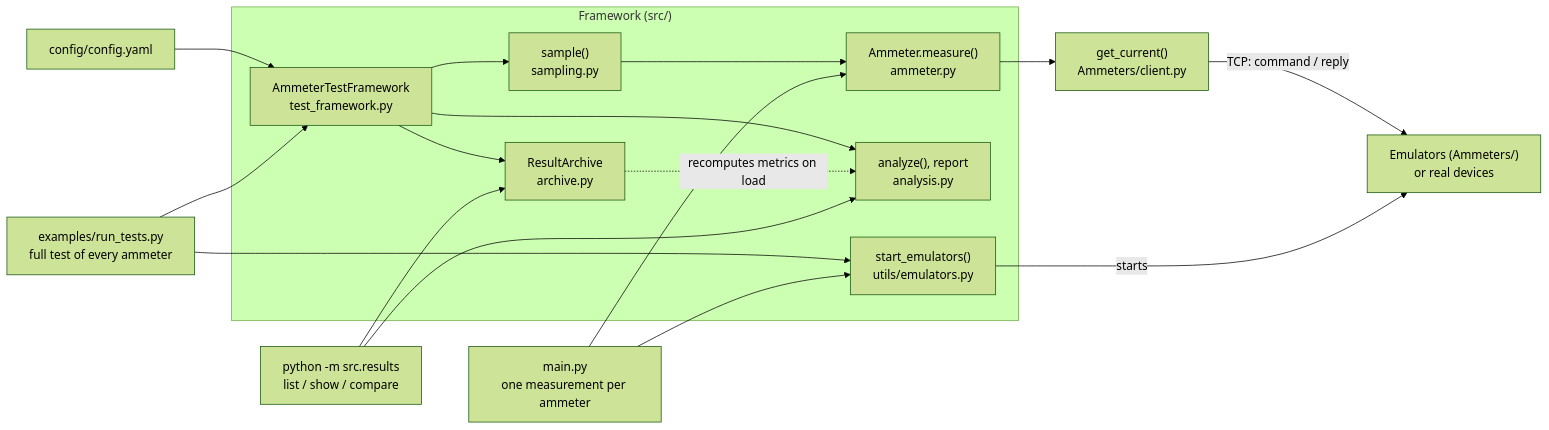
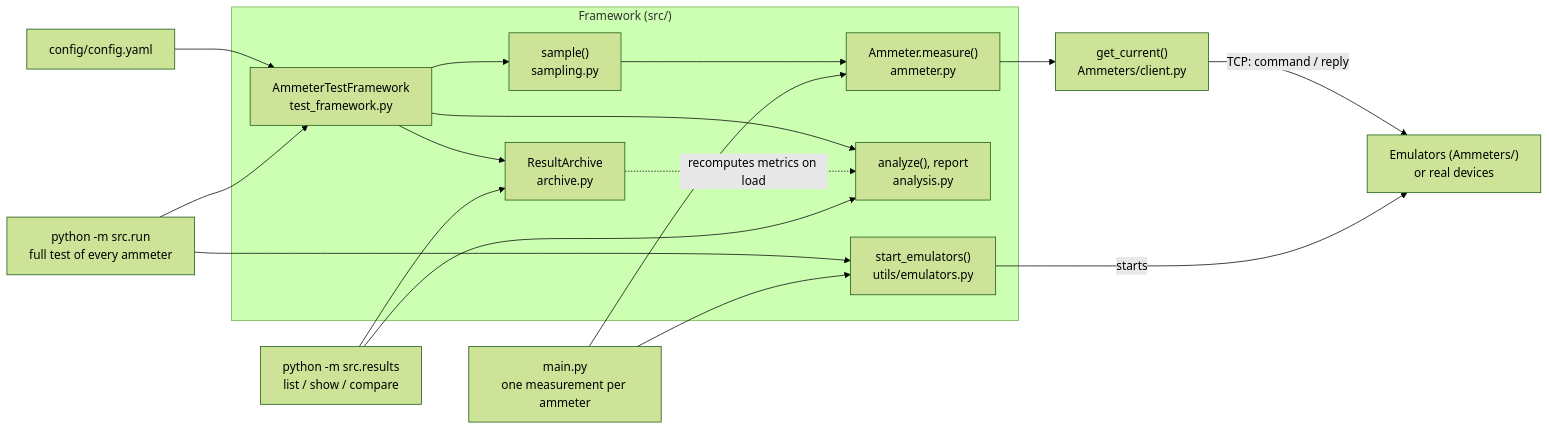
One commit to demuch/awesome-ammeter-test-framework changed the diagram in DESIGN.md. Above: the diagram before and after it, drawn with Mermaid (forest theme). The commit also changed 15 other files, not shown here.

First line of the commit message:
Switch docs, CI and samples to python -m src.run

````diff
--- a/DESIGN.md
+++ b/DESIGN.md
@@ -8,32 +8,32 @@
 ```mermaid
 flowchart LR
     MAIN["main.py<br>one measurement per ammeter"]
-    RT["examples/run_tests.py<br>full test of every ammeter"]
+    RT["python -m src.run<br>full test of every ammeter"]
     CLI["python -m src.results<br>list / show / compare"]
     CFG["config/config.yaml"]
 
     subgraph framework["Framework (src/)"]
         FW["AmmeterTestFramework<br>test_framework.py"]
         SA["sample()<br>sampling.py"]
         API["Ammeter.measure()<br>ammeter.py"]
         AN["analyze(), report<br>analysis.py"]
         AR["ResultArchive<br>archive.py"]
         EM["start_emulators()<br>utils/emulators.py"]
         FW --> SA --> API
         FW --> AN
         FW --> AR
         AR -. recomputes metrics on load .-> AN
     end
 
     CFG --> FW
     RT --> FW
     RT --> EM
     MAIN --> EM
     MAIN --> API
     CLI --> AR
     CLI --> AN
 
     API --> CL["get_current()<br>Ammeters/client.py"]
     CL -- "TCP: command / reply" --> DEV["Emulators (Ammeters/)<br>or real devices"]
     EM -- "starts" --> DEV
 ```
````
